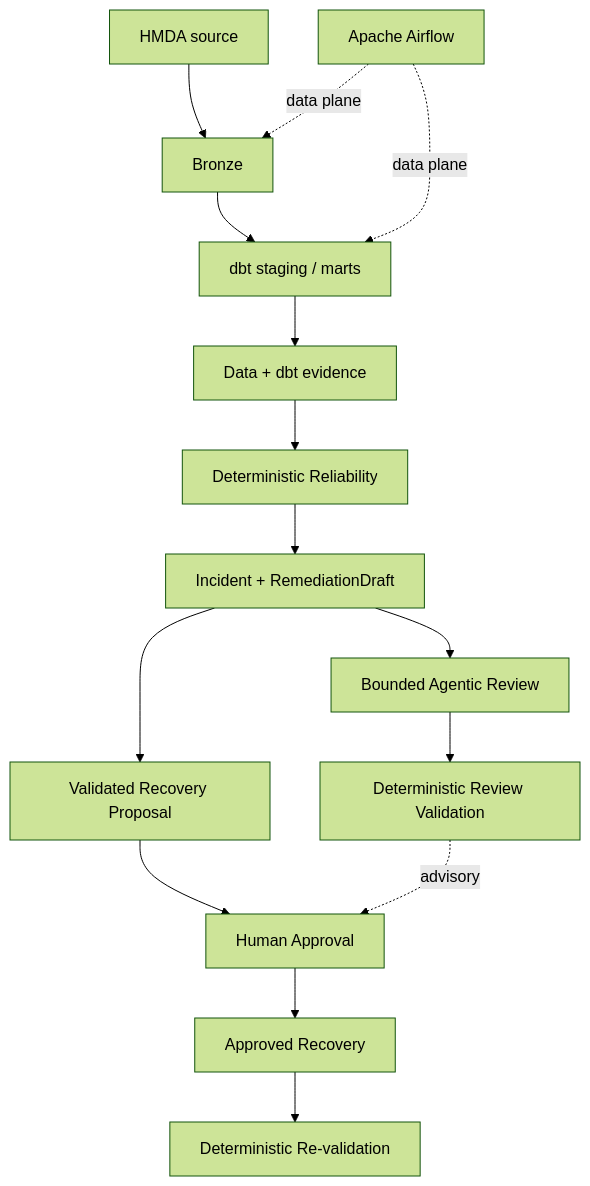
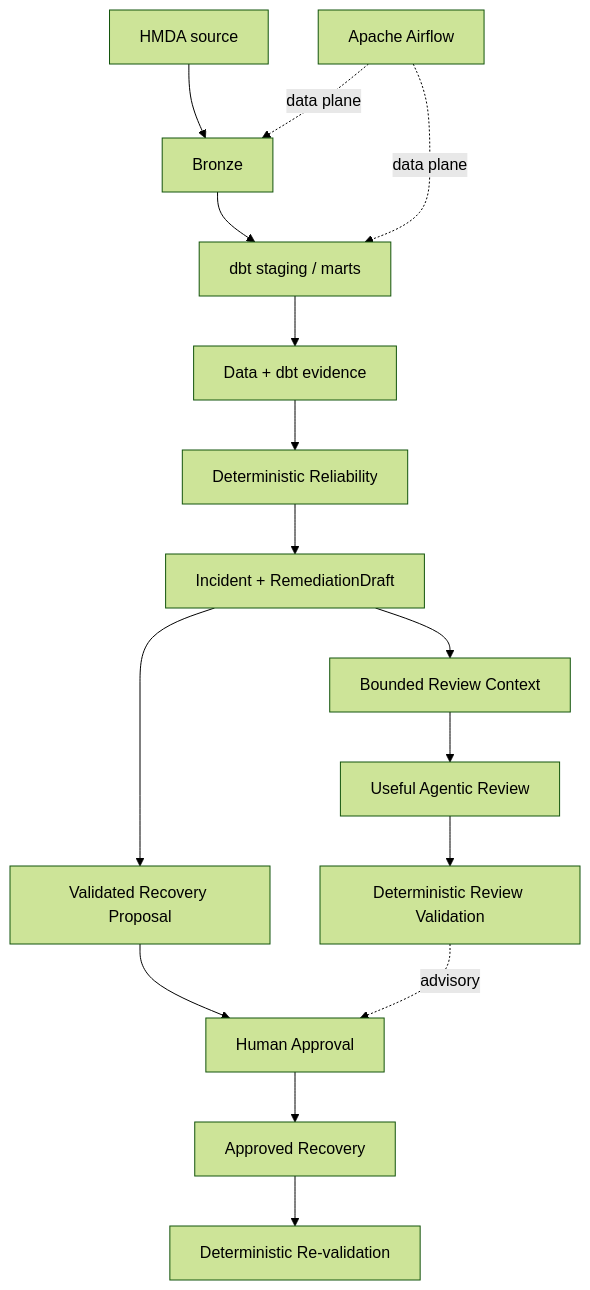
Before and after one commit to mols3131d/hmda-data-reliability: the diagram in docs/mvp.md, drawn with Mermaid (forest theme). The commit also changed other lines of this file, not shown here.

Commit message:
docs: redefine MVP agentic review utility

````diff
--- a/docs/mvp.md
+++ b/docs/mvp.md
@@ -43,20 +56,21 @@
 ```mermaid
 flowchart TB
     source["HMDA source"] --> bronze["Bronze"]
     bronze --> analytical["dbt staging / marts"]
     analytical --> evidence["Data + dbt evidence"]
     evidence --> reliability["Deterministic Reliability"]
     reliability --> incident["Incident + RemediationDraft"]
 
-    incident --> agent["Bounded Agentic Review"]
+    incident --> context["Bounded Review Context"]
+    context --> agent["Useful Agentic Review"]
     agent --> guard["Deterministic Review Validation"]
 
     incident --> proposal["Validated Recovery Proposal"]
     proposal --> human["Human Approval"]
     guard -. advisory .-> human
     human --> recovery["Approved Recovery"]
     recovery --> verify["Deterministic Re-validation"]
 
     airflow["Apache Airflow"] -. data plane .-> bronze
     airflow -. data plane .-> analytical
 ```
````
